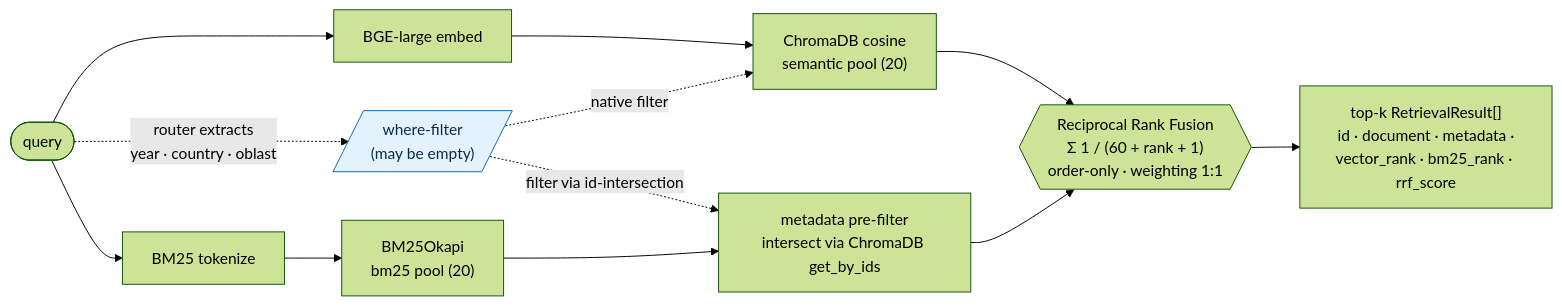
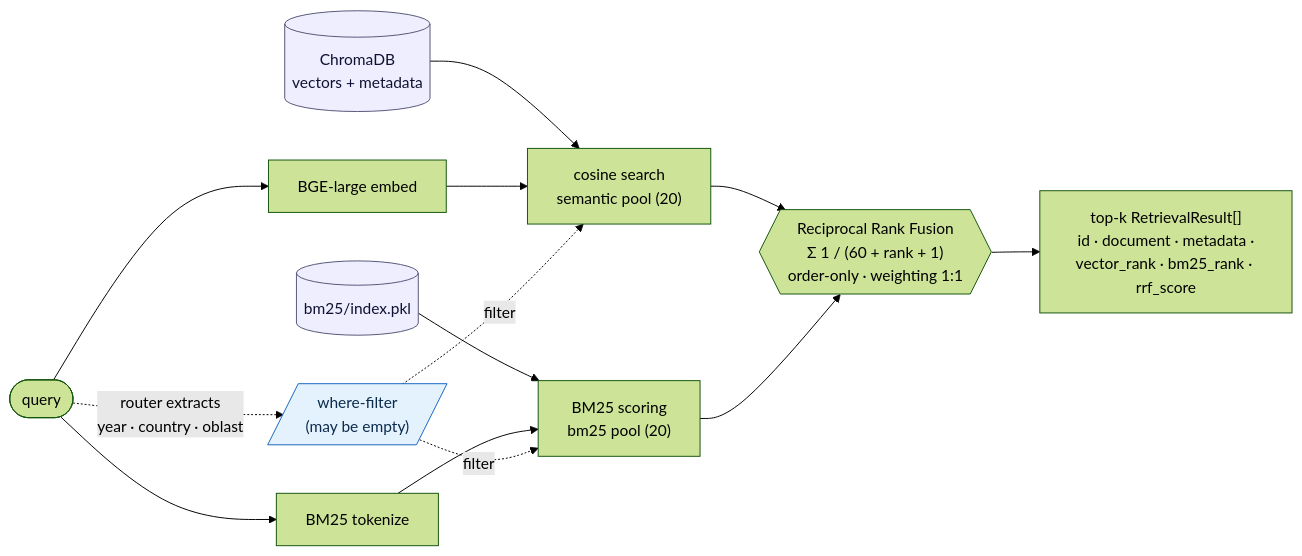
The second of 3 diagrams in README.md (floew2/rag-ucdp), drawn with Mermaid (forest theme) before and after one commit. The commit also changed other lines of this file, not shown here.

Commit message:
Refine README description and flowchart details

````diff
--- a/README.md
+++ b/README.md
@@ -85,17 +85,23 @@
 ``` mermaid
 flowchart LR
     Q(["query"]) --> EMB["BGE-large embed"]
     Q --> TOKQ["BM25 tokenize"]
     Q -.->|"router extracts<br/>year · country · oblast"| WHERE[/"where-filter<br/>(may be empty)"/]
-    EMB --> VEC["ChromaDB cosine<br/>semantic pool (20)"]
-    TOKQ --> BM25["BM25Okapi<br/>bm25 pool (20)"]
-    WHERE -.->|native filter| VEC
-    WHERE -.->|filter via id-intersection| PF
-    BM25 --> PF["metadata pre-filter<br/>intersect via ChromaDB get_by_ids"]
+
+    CHROMA[("ChromaDB<br/>vectors + metadata")] --> VEC["cosine search<br/>semantic pool (20)"]
+    BM25IDX[("bm25/index.pkl")] --> BM25["BM25 scoring<br/>bm25 pool (20)"]
+    EMB --> VEC
+    TOKQ --> BM25
+
+    WHERE -.->|filter| VEC
+    WHERE -.->|filter| BM25
+
     VEC --> RRF{{"Reciprocal Rank Fusion<br/>Σ 1 / (60 + rank + 1)<br/>order-only · weighting 1:1"}}
-    PF --> RRF
+    BM25 --> RRF
     RRF --> TOPK["top-k RetrievalResult[]<br/>id · document · metadata ·<br/>vector_rank · bm25_rank · rrf_score"]
 
     classDef filt fill:#e3f2fd,stroke:#1565c0,color:#0d2b4d;
+    classDef store fill:#eef,stroke:#557,color:#113;
     class WHERE filt;
+    class CHROMA,BM25IDX store;
 ```
````
